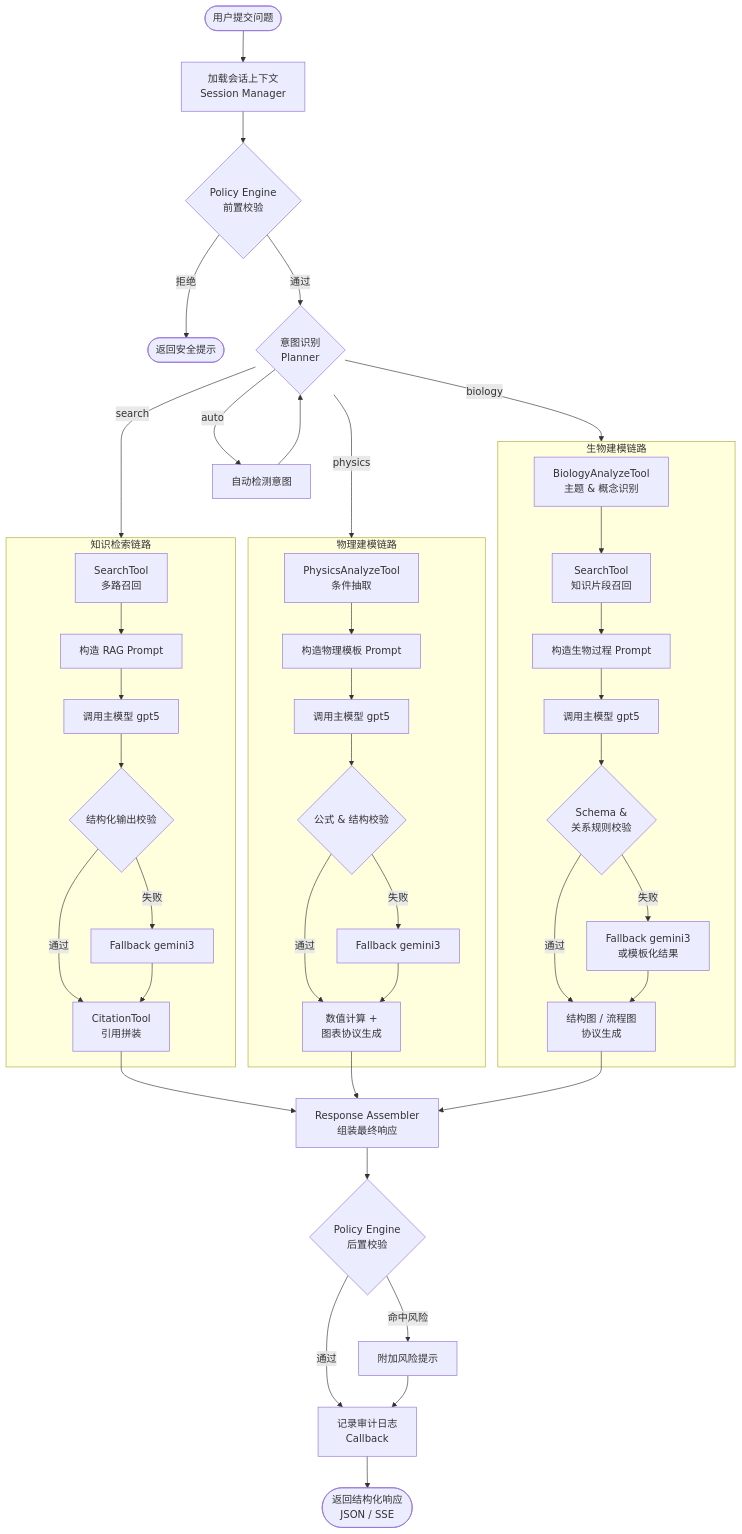
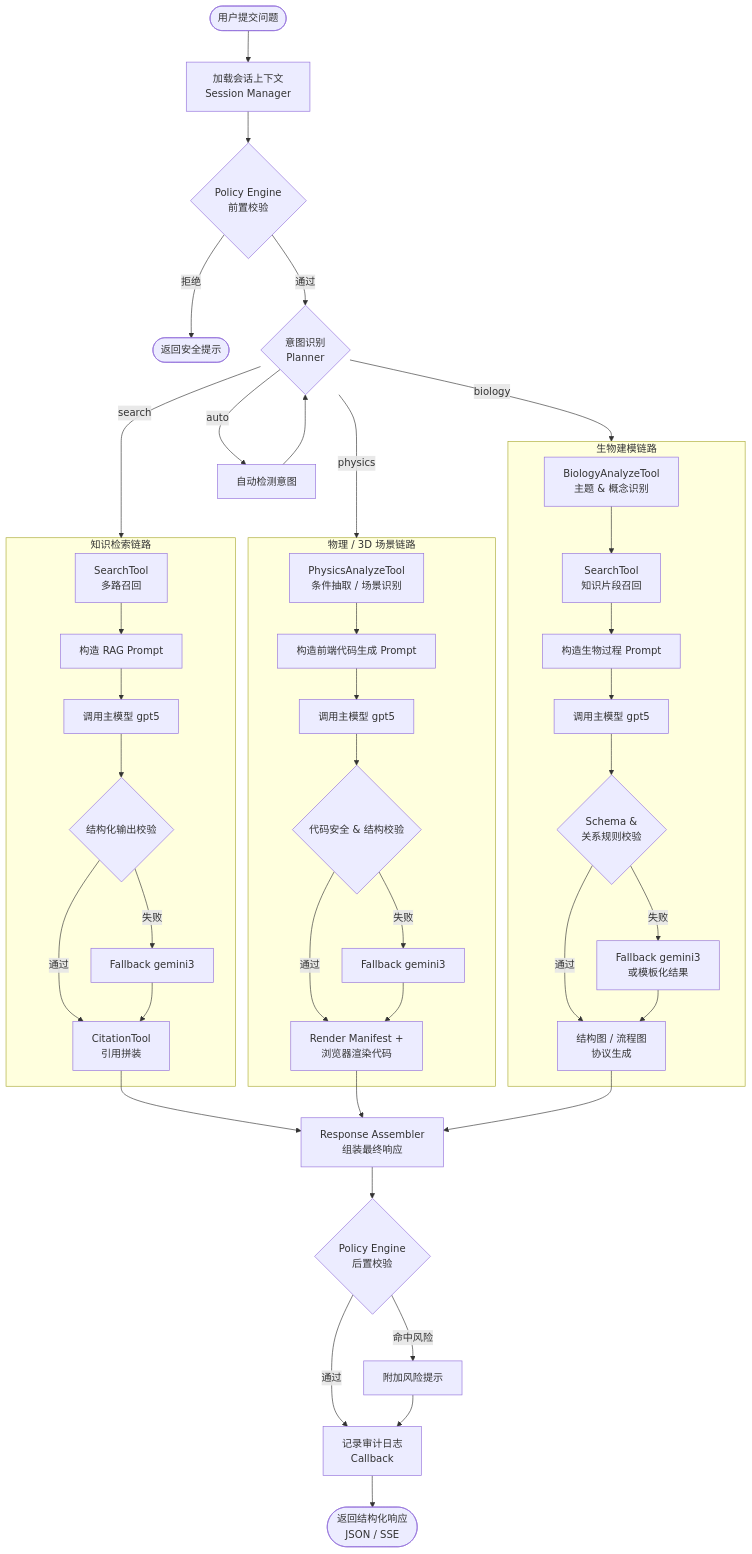
One commit to beihai0xff/snowy changed the second of 3 diagrams in docs/tech-solution.md. Above: the diagram before and after it, drawn with Mermaid. The commit also changed other lines of this file and 79 other files, not shown here.

````diff
--- a/docs/tech-solution.md
+++ b/docs/tech-solution.md
@@ -764,46 +775,46 @@
 ```mermaid
 flowchart TD
     Start([用户提交问题]) --> LoadCtx["加载会话上下文<br/>Session Manager"]
     LoadCtx --> PolicyPre{"Policy Engine<br/>前置校验"}
     PolicyPre -->|拒绝| Reject([返回安全提示])
     PolicyPre -->|通过| Classify{"意图识别<br/>Planner"}
 
     Classify -->|search| SearchBranch
     Classify -->|physics| PhysicsBranch
     Classify -->|biology| BiologyBranch
     Classify -->|auto| AutoDetect["自动检测意图"] --> Classify
 
     subgraph SearchBranch ["知识检索链路"]
         S1["SearchTool<br/>多路召回"] --> S2["构造 RAG Prompt"]
         S2 --> S3["调用主模型 gpt5"]
         S3 --> S4{"结构化输出校验"}
         S4 -->|通过| S5["CitationTool<br/>引用拼装"]
         S4 -->|失败| S6["Fallback gemini3"] --> S5
     end
 
-    subgraph PhysicsBranch ["物理建模链路"]
-        P1["PhysicsAnalyzeTool<br/>条件抽取"] --> P2["构造物理模板 Prompt"]
+    subgraph PhysicsBranch ["物理 / 3D 场景链路"]
+        P1["PhysicsAnalyzeTool<br/>条件抽取 / 场景识别"] --> P2["构造前端代码生成 Prompt"]
         P2 --> P3["调用主模型 gpt5"]
-        P3 --> P4{"公式 & 结构校验"}
-        P4 -->|通过| P5["数值计算 +<br/>图表协议生成"]
+        P3 --> P4{"代码安全 & 结构校验"}
+        P4 -->|通过| P5["Render Manifest +<br/>浏览器渲染代码"]
         P4 -->|失败| P6["Fallback gemini3"] --> P5
     end
 
     subgraph BiologyBranch ["生物建模链路"]
         B1["BiologyAnalyzeTool<br/>主题 & 概念识别"] --> B2["SearchTool<br/>知识片段召回"]
         B2 --> B3["构造生物过程 Prompt"]
         B3 --> B4["调用主模型 gpt5"]
         B4 --> B5{"Schema &<br/>关系规则校验"}
         B5 -->|通过| B6["结构图 / 流程图<br/>协议生成"]
         B5 -->|失败| B7["Fallback gemini3<br/>或模板化结果"] --> B6
     end
 
     S5 --> Assemble
     P5 --> Assemble
     B6 --> Assemble
 
     Assemble["Response Assembler<br/>组装最终响应"] --> PolicyPost{"Policy Engine<br/>后置校验"}
     PolicyPost -->|通过| Audit["记录审计日志<br/>Callback"]
     PolicyPost -->|命中风险| AddWarning["附加风险提示"] --> Audit
     Audit --> Done([返回结构化响应<br/>JSON / SSE])
 ```
````
